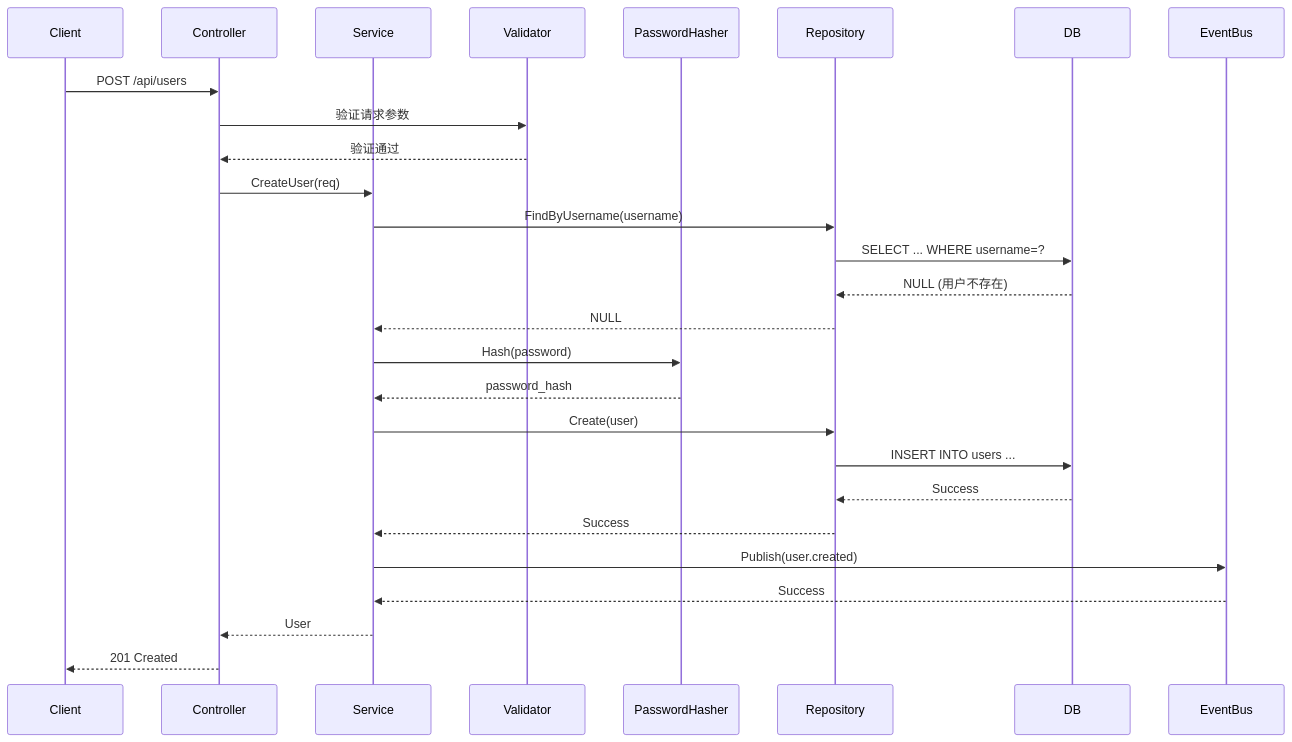
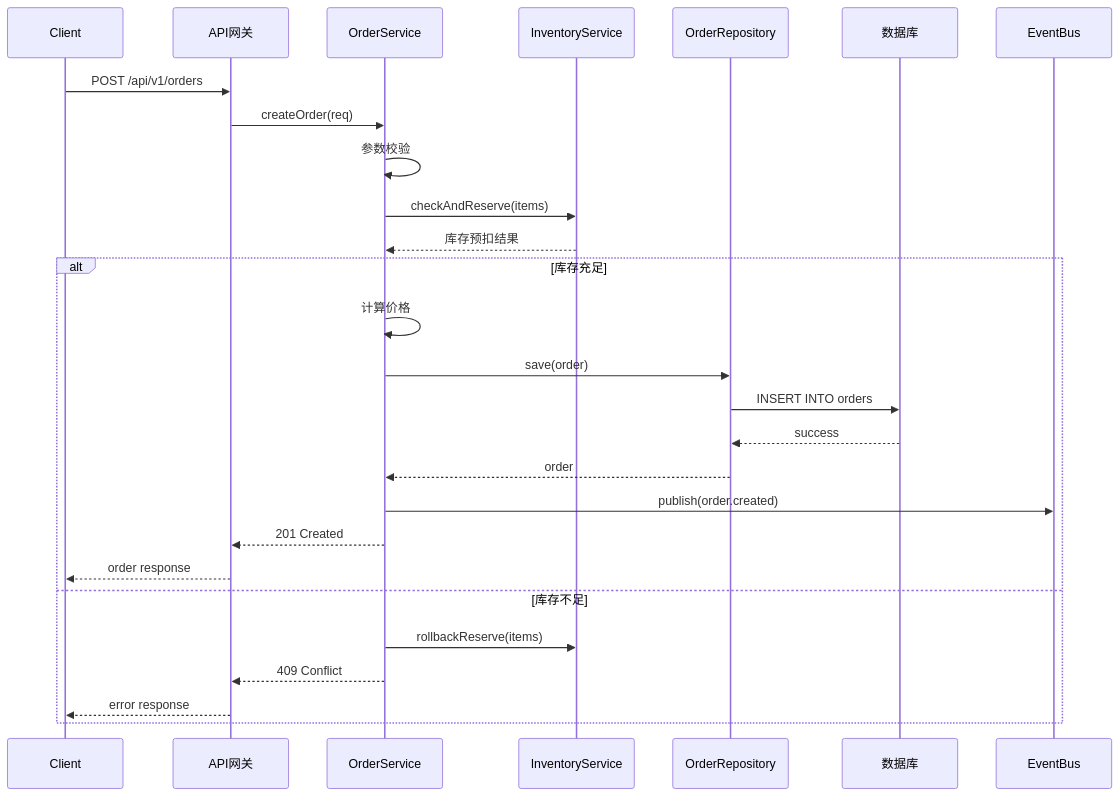
One commit to aiimoyu/hyper-designer changed the third of 4 diagrams in src/skills/hyper-designer/functional-design/references/module-design.md. Above: the diagram before and after it, drawn with Mermaid. The commit also changed other lines of this file and 4 other files, not shown here.

````diff
--- a/src/skills/hyper-designer/functional-design/references/module-design.md
+++ b/src/skills/hyper-designer/functional-design/references/module-design.md
@@ -266,35 +715,33 @@
 ```mermaid
 sequenceDiagram
     participant Client
-    participant Controller
-    participant Service
-    participant Validator
-    participant PasswordHasher
-    participant Repository
-    participant DB
-    participant EventBus
+    participant API as API网关
+    participant OS as OrderService
+    participant IS as InventoryService
+    participant OR as OrderRepository
+    participant DB as 数据库
+    participant EB as EventBus
     
-    Client->>Controller: POST /api/users
-    Controller->>Validator: 验证请求参数
-    Validator-->>Controller: 验证通过
+    Client->>API: POST /api/v1/orders
+    API->>OS: createOrder(req)
     
-    Controller->>Service: CreateUser(req)
-    Service->>Repository: FindByUsername(username)
-    Repository->>DB: SELECT ... WHERE username=?
-    DB-->>Repository: NULL (用户不存在)
-    Repository-->>Service: NULL
+    OS->>OS: 参数校验
+    OS->>IS: checkAndReserve(items)
+    IS-->>OS: 库存预扣结果
     
-    Service->>PasswordHasher: Hash(password)
-    PasswordHasher-->>Service: password_hash
-    
-    Service->>Repository: Create(user)
-    Repository->>DB: INSERT INTO users ...
-    DB-->>Repository: Success
-    Repository-->>Service: Success
-    
-    Service->>EventBus: Publish(user.created)
-    EventBus-->>Service: Success
-    
-    Service-->>Controller: User
-    Controller-->>Client: 201 Created
+    alt 库存充足
+        OS->>OS: 计算价格
+        OS->>OR: save(order)
+        OR->>DB: INSERT INTO orders
+        DB-->>OR: success
+        OR-->>OS: order
+        
+        OS->>EB: publish(order.created)
+        OS-->>API: 201 Created
+        API-->>Client: order response
+    else 库存不足
+        OS->>IS: rollbackReserve(items)
+        OS-->>API: 409 Conflict
+        API-->>Client: error response
+    end
 ```
````
